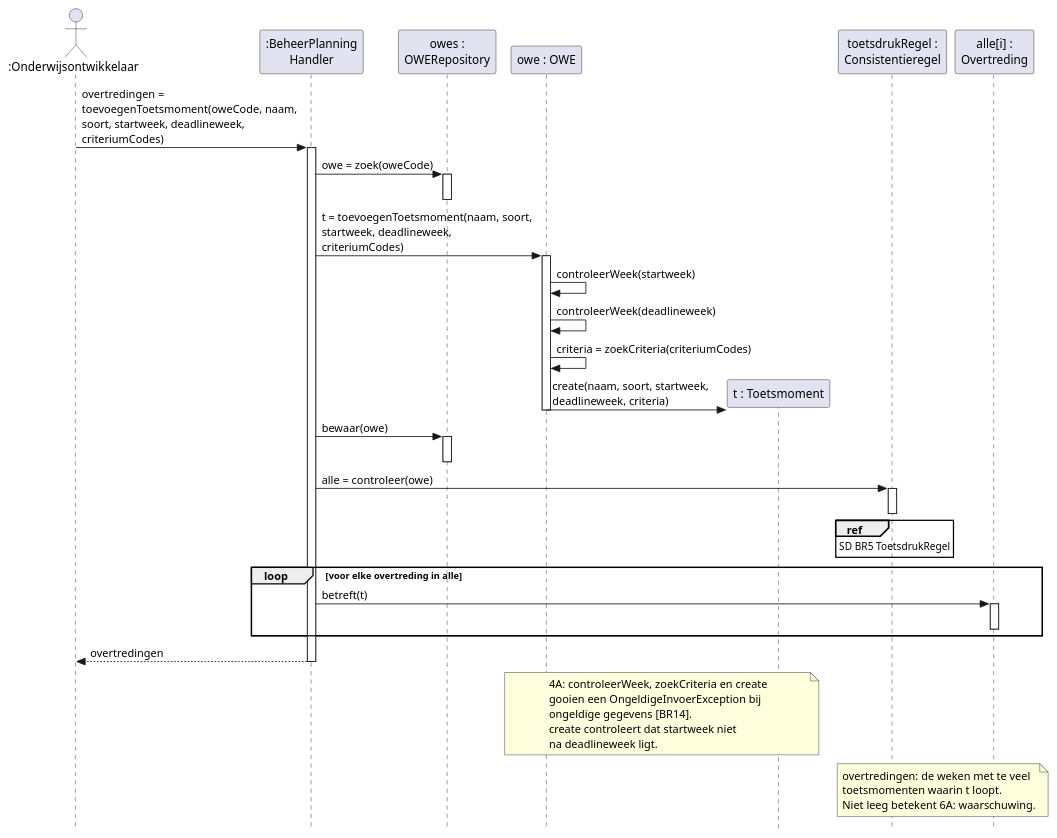
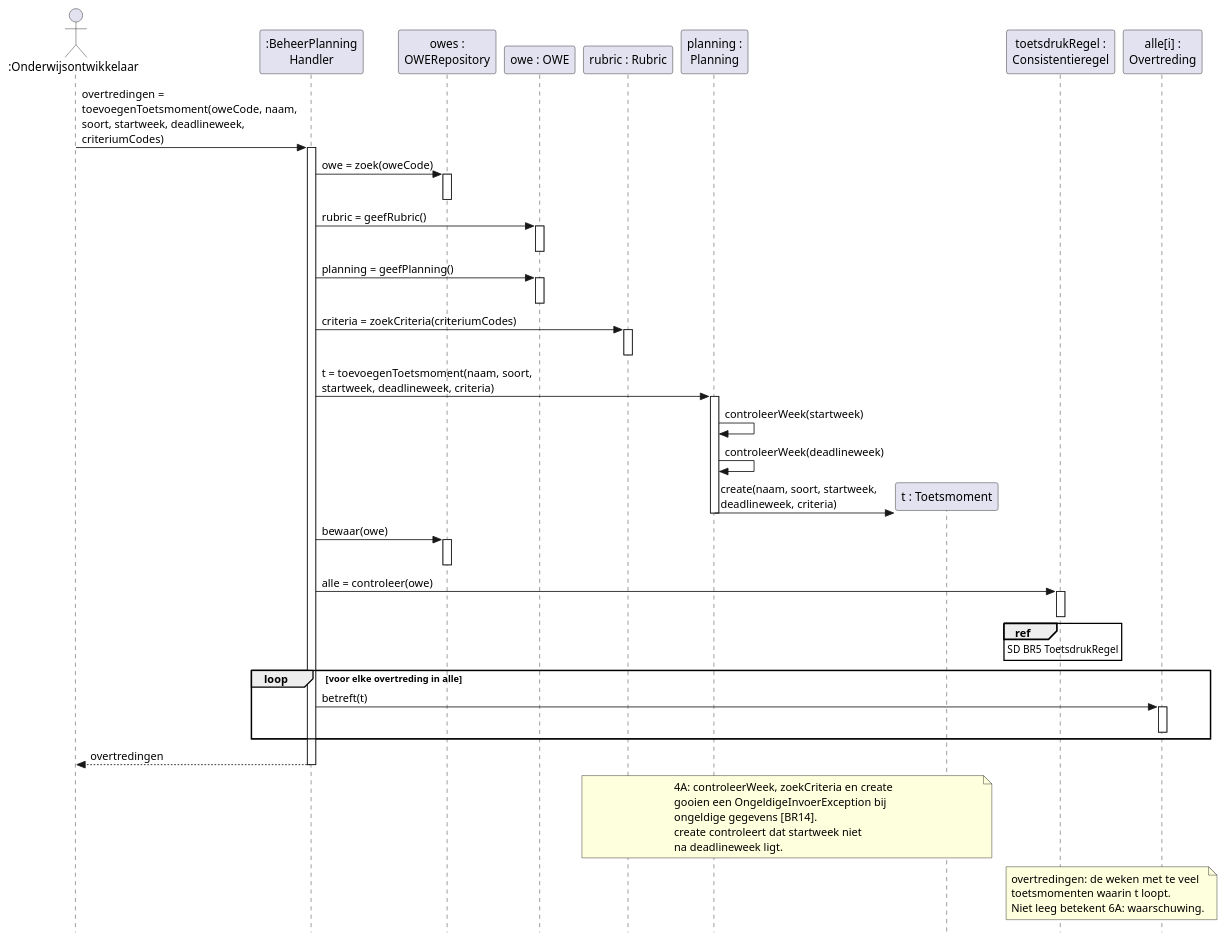
The diagram in docs/diagrams/sd-uc11-toevoegentoetsmoment.puml (HAN-Craftsmanship-KL-JJG/casus), drawn with PlantUML before and after one commit. The commit also changed 18 other files, not shown here.

First line of the commit message:
refactor(docs): split OWE into Rubric and Planning

```diff
--- a/docs/diagrams/sd-uc11-toevoegentoetsmoment.puml
+++ b/docs/diagrams/sd-uc11-toevoegentoetsmoment.puml
@@ -1,57 +1,67 @@
 @startuml sd-uc11-toevoegentoetsmoment
 ' Sequence diagram van systeemoperatie toevoegenToetsmoment (UC11, Toevoegen toetsmoment,
 ' stap 3 tot en met 6). Toelichting: docs/08-sequencediagrammen.md
 skinparam style strictuml
 skinparam shadowing false
 skinparam defaultFontName Helvetica
 hide footbox
 
 actor ":Onderwijsontwikkelaar" as ontwikkelaar
 participant ":BeheerPlanning\nHandler" as handler
 participant "owes :\nOWERepository" as owes
 participant "owe : OWE" as owe
+participant "rubric : Rubric" as rubric
+participant "planning :\nPlanning" as planning
 participant "t : Toetsmoment" as toetsmoment
 participant "toetsdrukRegel :\nConsistentieregel" as regel
 participant "alle[i] :\nOvertreding" as overtreding
 
 ontwikkelaar -> handler : overtredingen =\ntoevoegenToetsmoment(oweCode, naam,\n\
 soort, startweek, deadlineweek,\ncriteriumCodes)
 activate handler
 handler -> owes : owe = zoek(oweCode)
 activate owes
 deactivate owes
-handler -> owe : t = toevoegenToetsmoment(naam, soort,\nstartweek, deadlineweek,\ncriteriumCodes)
+handler -> owe : rubric = geefRubric()
 activate owe
-owe -> owe : controleerWeek(startweek)
-owe -> owe : controleerWeek(deadlineweek)
-owe -> owe : criteria = zoekCriteria(criteriumCodes)
+deactivate owe
+handler -> owe : planning = geefPlanning()
+activate owe
+deactivate owe
+handler -> rubric : criteria = zoekCriteria(criteriumCodes)
+activate rubric
+deactivate rubric
+handler -> planning : t = toevoegenToetsmoment(naam, soort,\nstartweek, deadlineweek, criteria)
+activate planning
+planning -> planning : controleerWeek(startweek)
+planning -> planning : controleerWeek(deadlineweek)
 create toetsmoment
-owe -> toetsmoment : create(naam, soort, startweek,\ndeadlineweek, criteria)
-deactivate owe
+planning -> toetsmoment : create(naam, soort, startweek,\ndeadlineweek, criteria)
+deactivate planning
 handler -> owes : bewaar(owe)
 activate owes
 deactivate owes
 handler -> regel : alle = controleer(owe)
 activate regel
 ref over regel : SD BR5 ToetsdrukRegel
 deactivate regel
 loop voor elke overtreding in alle
   handler -> overtreding : betreft(t)
   activate overtreding
   deactivate overtreding
 end
 handler --> ontwikkelaar : overtredingen
 deactivate handler
-note over owe, toetsmoment
+note over rubric, toetsmoment
   4A: controleerWeek, zoekCriteria en create
   gooien een OngeldigeInvoerException bij
   ongeldige gegevens [BR14].
   create controleert dat startweek niet
   na deadlineweek ligt.
 end note
 note over regel, overtreding
   overtredingen: de weken met te veel
   toetsmomenten waarin t loopt.
   Niet leeg betekent 6A: waarschuwing.
 end note
 @enduml
```
